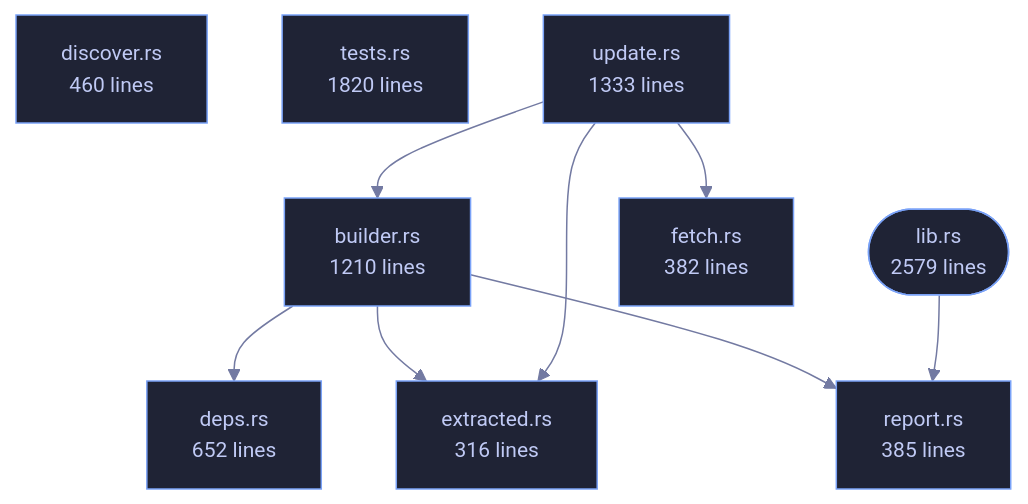
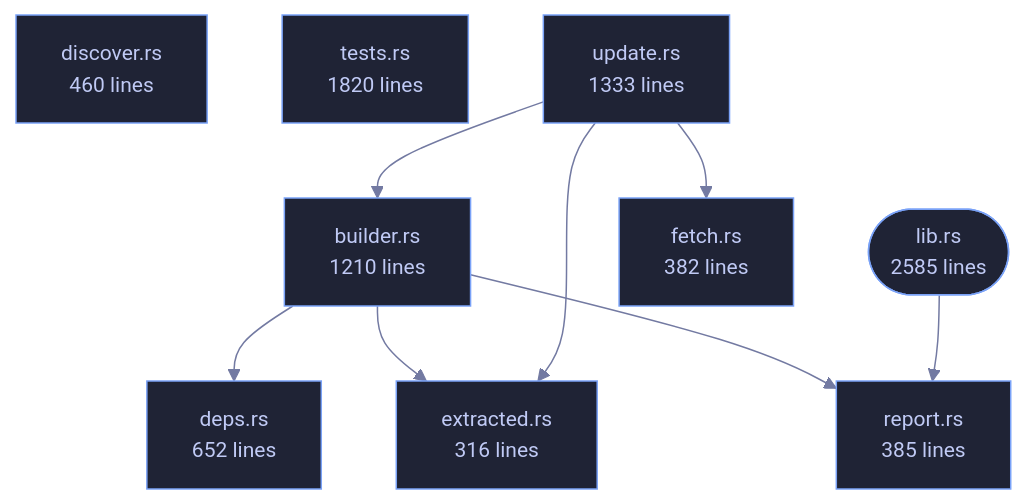
The diagram in crates/veilvoice-verify/README.md (tilas01/veilvoice), drawn with Mermaid before and after one commit. The commit also changed other lines of this file and 72 other files, not shown here.

````diff
--- a/crates/veilvoice-verify/README.md
+++ b/crates/veilvoice-verify/README.md
@@ -93,29 +99,29 @@
 ```mermaid
 %%{init: {"theme":"base","themeVariables":{"background":"#1a1b26","primaryColor":"#1f2335","primaryTextColor":"#c0caf5","primaryBorderColor":"#7aa2f7","secondaryColor":"#16161e","tertiaryColor":"#16161e","lineColor":"#737aa2","textColor":"#c0caf5","mainBkg":"#1f2335","nodeBorder":"#7aa2f7","clusterBkg":"#16161e","clusterBorder":"#2f3549","fontFamily":"ui-monospace, SFMono-Regular, Consolas, monospace","fontSize":"14px"}}}%%
 flowchart TD
-    n_lib(["lib.rs<br/>2579 lines"])
+    n_lib(["lib.rs<br/>2585 lines"])
     n_builder["builder.rs<br/>1210 lines"]
     n_deps["deps.rs<br/>652 lines"]
     n_discover["discover.rs<br/>460 lines"]
     n_extracted["extracted.rs<br/>316 lines"]
     n_fetch["fetch.rs<br/>382 lines"]
     n_report["report.rs<br/>385 lines"]
     n_tests["tests.rs<br/>1820 lines"]
     n_update["update.rs<br/>1333 lines"]
     n_builder --> n_deps
     n_builder --> n_extracted
     n_builder --> n_report
     n_lib --> n_report
     n_update --> n_builder
     n_update --> n_extracted
     n_update --> n_fetch
     click n_lib href "https://github.com/tilas01/veilvoice/blob/main/crates/veilvoice-verify/src/lib.rs" "open the source"
     click n_builder href "https://github.com/tilas01/veilvoice/blob/main/crates/veilvoice-verify/src/builder.rs" "open the source"
     click n_deps href "https://github.com/tilas01/veilvoice/blob/main/crates/veilvoice-verify/src/deps.rs" "open the source"
     click n_discover href "https://github.com/tilas01/veilvoice/blob/main/crates/veilvoice-verify/src/discover.rs" "open the source"
     click n_extracted href "https://github.com/tilas01/veilvoice/blob/main/crates/veilvoice-verify/src/extracted.rs" "open the source"
     click n_fetch href "https://github.com/tilas01/veilvoice/blob/main/crates/veilvoice-verify/src/fetch.rs" "open the source"
     click n_report href "https://github.com/tilas01/veilvoice/blob/main/crates/veilvoice-verify/src/report.rs" "open the source"
     click n_tests href "https://github.com/tilas01/veilvoice/blob/main/crates/veilvoice-verify/src/tests.rs" "open the source"
     click n_update href "https://github.com/tilas01/veilvoice/blob/main/crates/veilvoice-verify/src/update.rs" "open the source"
 ```
````
